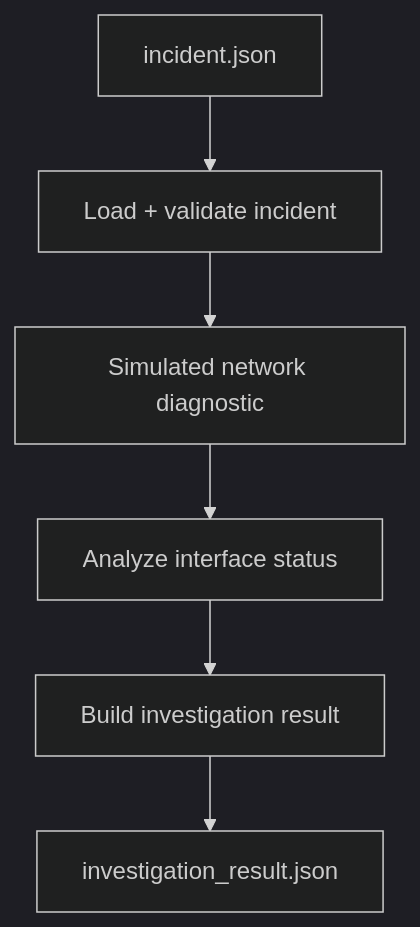
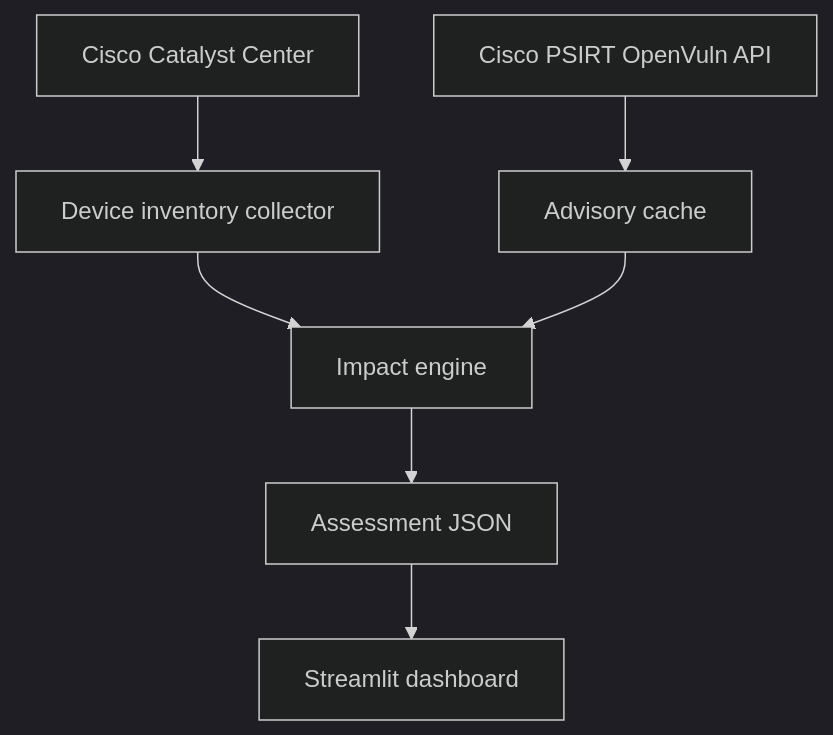
One commit to SimarSidhu27/netguardian-mini changed the diagram in README.md. Above: the diagram before and after it, drawn with Mermaid (dark theme). The commit also changed other lines of this file and 6 other files, not shown here.

Commit message:
Build Cisco vulnerability intelligence dashboard

````diff
--- a/README.md
+++ b/README.md
@@ -15,8 +50,9 @@
 ```mermaid
 flowchart TD
-    A["incident.json"] --> B["Load + validate incident"]
-    B --> C["Simulated network diagnostic"]
-    C --> D["Analyze interface status"]
-    D --> E["Build investigation result"]
-    E --> F["investigation_result.json"]
+    A["Cisco Catalyst Center"] --> B["Device inventory collector"]
+    C["Cisco PSIRT OpenVuln API"] --> D["Advisory cache"]
+    B --> E["Impact engine"]
+    D --> E
+    E --> F["Assessment JSON"]
+    F --> G["Streamlit dashboard"]
 ```
````
